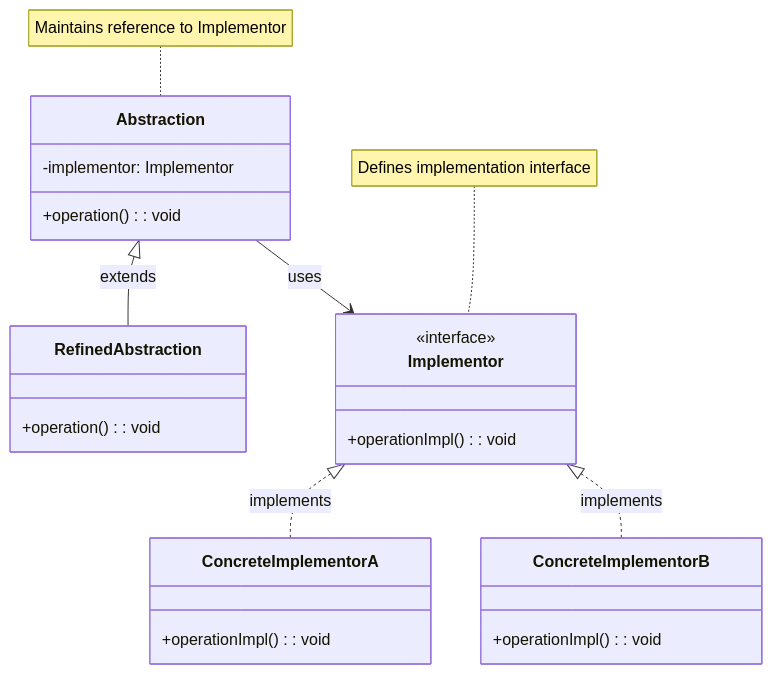
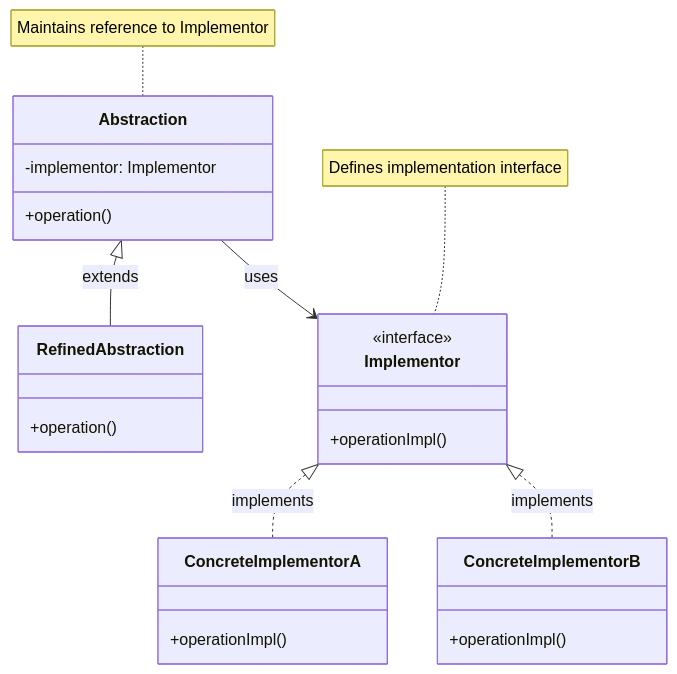
The first of 2 diagrams in resources/design-patterns/laravel/structural/bridge_en.md (fanly/DesignPattern), drawn with Mermaid before and after one commit. The commit also changed 103 other files, not shown here.

````diff
--- a/resources/design-patterns/laravel/structural/bridge_en.md
+++ b/resources/design-patterns/laravel/structural/bridge_en.md
@@ -11,32 +11,32 @@
 ```mermaid
 classDiagram
     class Abstraction {
         -implementor: Implementor
-        +operation(): void
+        +operation()
     }
     
     class RefinedAbstraction {
-        +operation(): void
+        +operation()
     }
     
     class Implementor {
         <<interface>>
-        +operationImpl(): void
+        +operationImpl()
     }
     
     class ConcreteImplementorA {
-        +operationImpl(): void
+        +operationImpl()
     }
     
     class ConcreteImplementorB {
-        +operationImpl(): void
+        +operationImpl()
     }
     
     Abstraction <|-- RefinedAbstraction : extends
     Abstraction --> Implementor : uses
     Implementor <|.. ConcreteImplementorA : implements
     Implementor <|.. ConcreteImplementorB : implements
     
     note for Abstraction "Maintains reference to Implementor"
     note for Implementor "Defines implementation interface"
 ```
````
